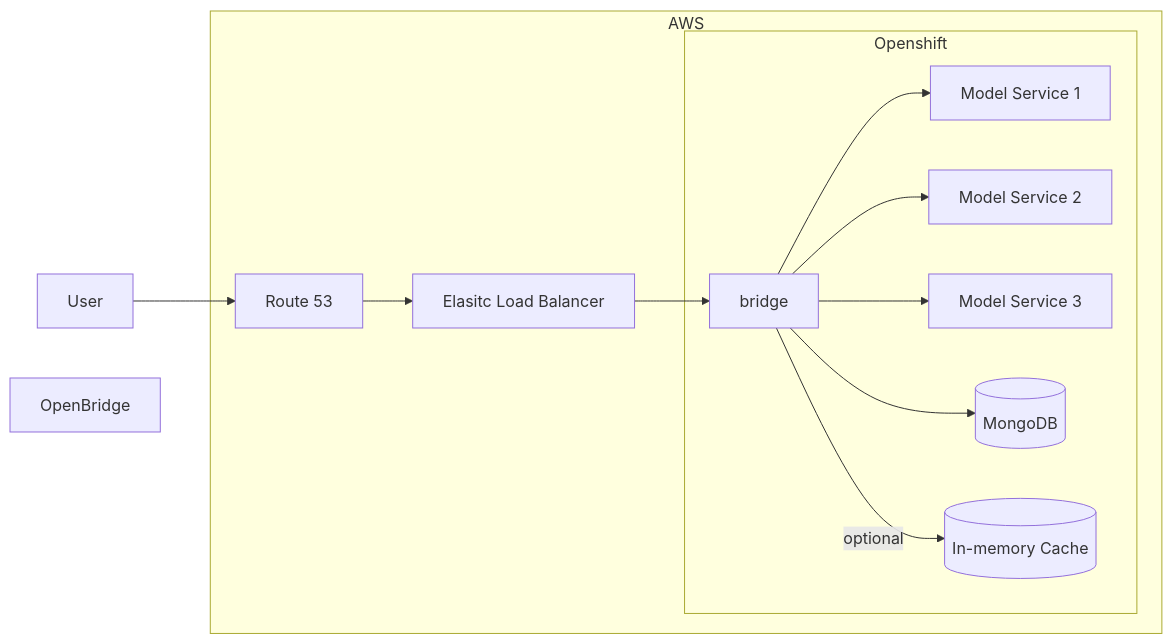
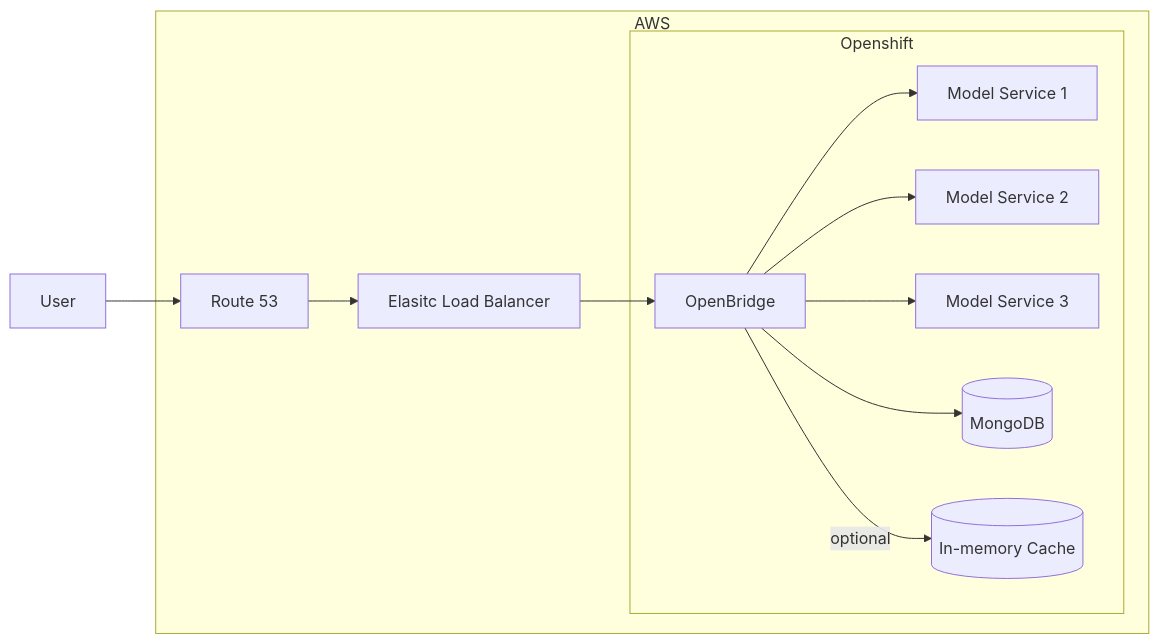
The first of 2 diagrams in doc/architecture.md (acceleratedscience/bridge), drawn with Mermaid before and after one commit. The commit also changed other lines of this file, not shown here.

Commit message:
rename in arch diagram

````diff
--- a/doc/architecture.md
+++ b/doc/architecture.md
@@ -38,24 +38,24 @@
 ```mermaid
 flowchart LR
 	user["User"]
 	route["Route 53"]
 	elb["Elasitc Load Balancer"]
 	ob["OpenBridge"]
 	model1["Model Service 1"]
 	model2["Model Service 2"]
 	model3["Model Service 3"]
 	mongodb[("MongoDB")]
 	cache[("In-memory Cache")]
 
 	user --> route
 	subgraph "AWS"
-	route --> elb --> bridge
+	route --> elb --> ob
 	subgraph "Openshift"
-	bridge --> mongodb
-    bridge -- optional --> cache
-	bridge --> model1
-	bridge --> model2
-	bridge --> model3
+	ob --> mongodb
+    ob -- optional --> cache
+	ob --> model1
+	ob --> model2
+	ob --> model3
 	end
 	end
 ```
````
